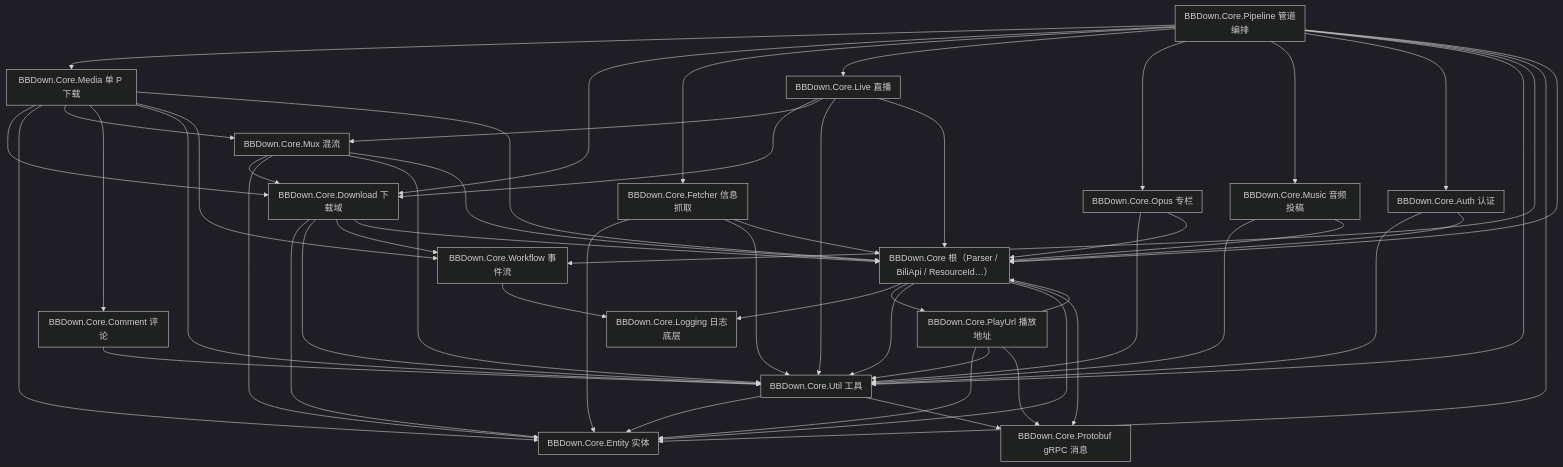
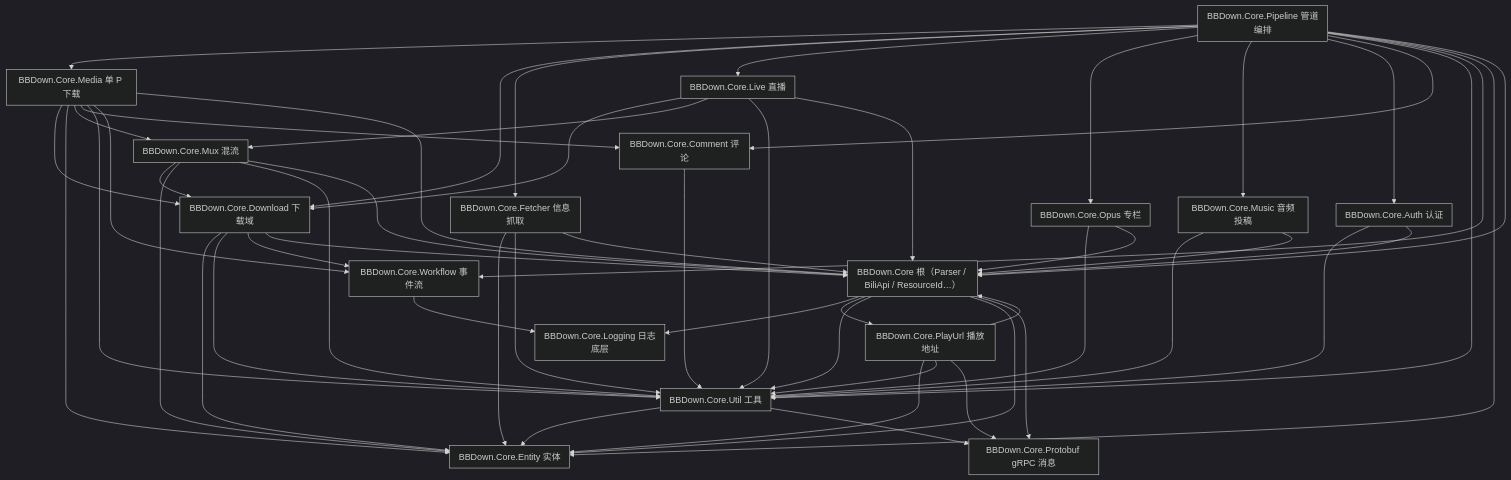
One commit to KaiHuaDou/BBDownNext changed the first of 2 diagrams in BBDown.Core/DEPENDENCIES.md. Above: the diagram before and after it, drawn with Mermaid (dark theme). The commit also changed other lines of this file and 42 other files, not shown here.

First line of the commit message:
feat(core,gui,docs): 专栏与图文评论导出、评论字段语义归正与 GUI 修复

```diff
--- a/BBDown.Core/DEPENDENCIES.md
+++ b/BBDown.Core/DEPENDENCIES.md
@@ -70,6 +70,7 @@
     ns_pipeline --> ns_opus
     ns_pipeline --> ns_music
     ns_pipeline --> ns_auth
+    ns_pipeline --> ns_comment
     ns_pipeline --> ns_util
     ns_pipeline --> ns_workflow
     ns_pipeline --> ns_entity
```
